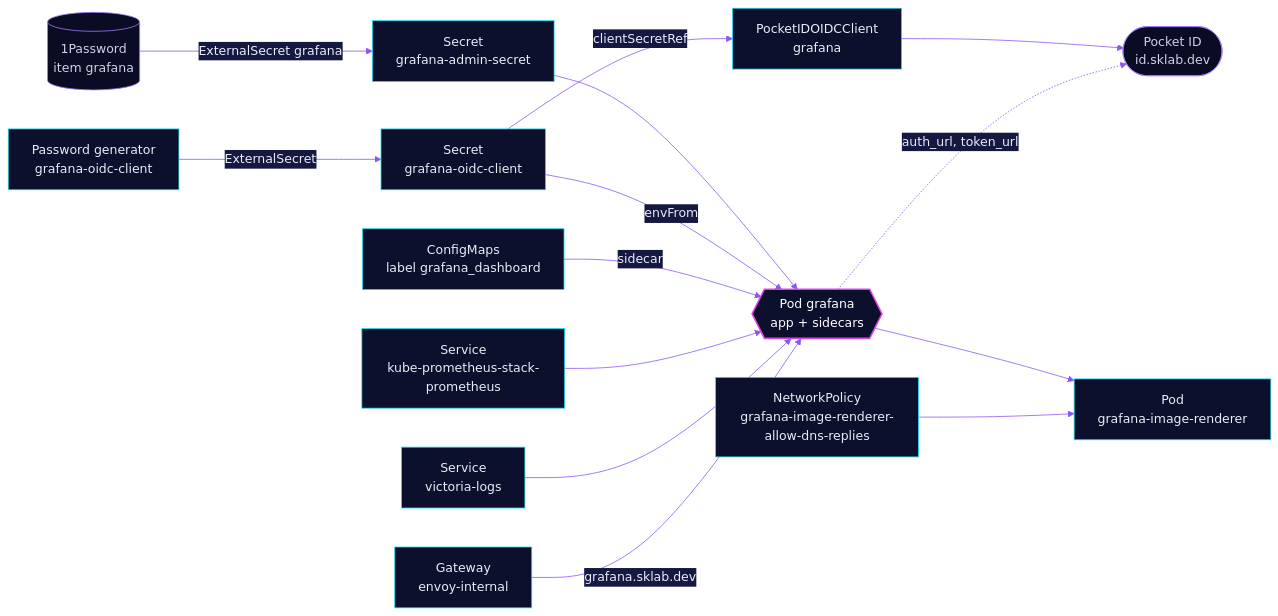
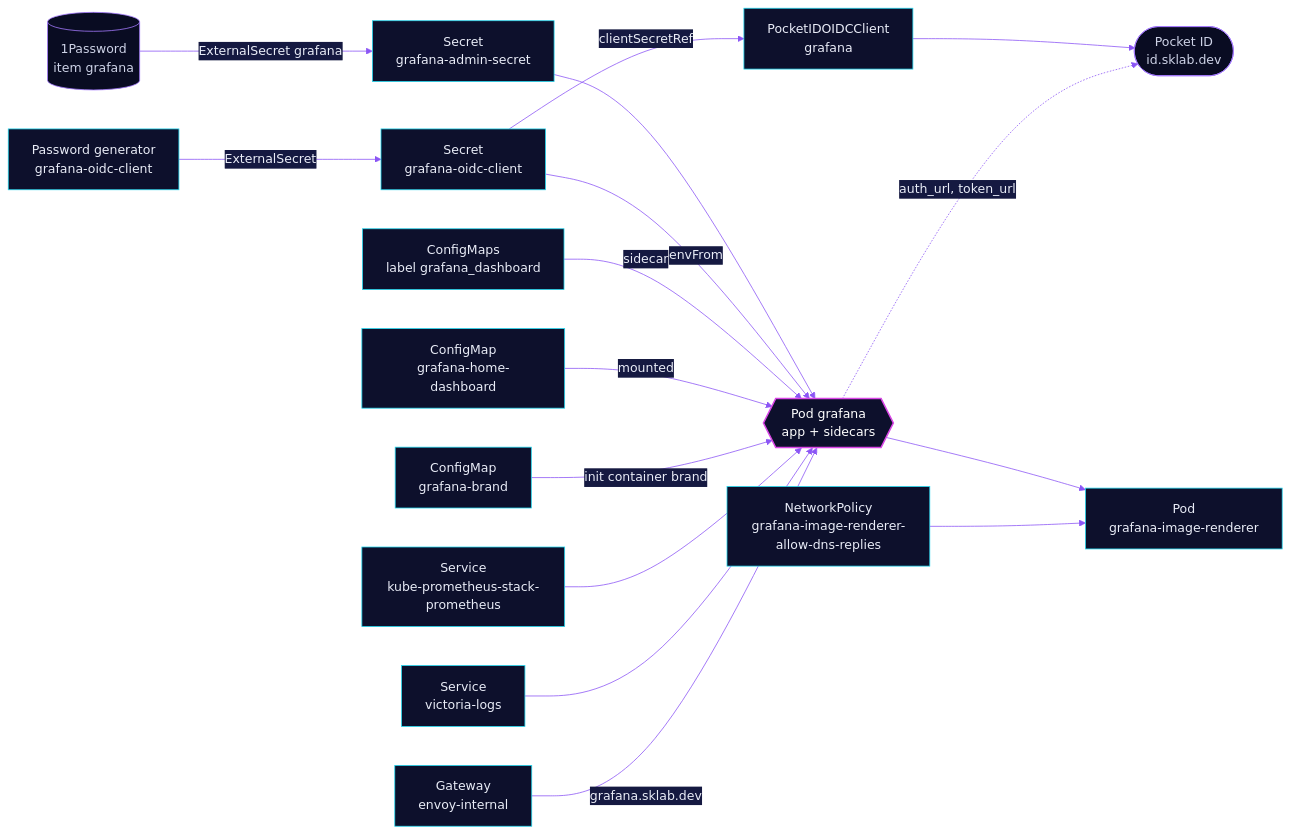
Before and after one commit to skrumbach/home-ops: the diagram in kubernetes/apps/base/monitoring/grafana/README.md, drawn with Mermaid. The commit also changed other lines of this file and 30 other files, not shown here.

````diff
--- a/kubernetes/apps/base/monitoring/grafana/README.md
+++ b/kubernetes/apps/base/monitoring/grafana/README.md
@@ -39,21 +51,23 @@
 ```mermaid
 %%{init: {'theme':'base','themeVariables':{'primaryColor':'#0D102C','primaryTextColor':'#E9ECF7','primaryBorderColor':'#22D8F0','lineColor':'#8B55F5','secondaryColor':'#151941','tertiaryColor':'#090C22','edgeLabelBackground':'#151941'}}}%%
 flowchart LR
   op[("1Password<br/>item grafana")] -->|ExternalSecret grafana| adm["Secret<br/>grafana-admin-secret"]
   adm --> g{{"Pod grafana<br/>app + sidecars"}}
   pw["Password generator<br/>grafana-oidc-client"] -->|ExternalSecret| cs["Secret<br/>grafana-oidc-client"]
   cs -->|envFrom| g
   cs -->|clientSecretRef| cl["PocketIDOIDCClient<br/>grafana"]
   cl --> pid(["Pocket ID<br/>id.sklab.dev"])
   g -.->|auth_url, token_url| pid
   cm["ConfigMaps<br/>label grafana_dashboard"] -->|sidecar| g
+  home["ConfigMap<br/>grafana-home-dashboard"] -->|mounted| g
+  brand["ConfigMap<br/>grafana-brand"] -->|init container brand| g
   prom["Service<br/>kube-prometheus-stack-prometheus"] --> g
   vl["Service<br/>victoria-logs"] --> g
   g --> rend["Pod<br/>grafana-image-renderer"]
   np["NetworkPolicy<br/>grafana-image-renderer-allow-dns-replies"] --> rend
   gw["Gateway<br/>envoy-internal"] -->|grafana.sklab.dev| g
   classDef accent fill:#0D102C,stroke:#D946E6,stroke-width:2px,color:#FFFFFF
   classDef ext fill:#090C22,stroke:#A57BFF,color:#CDD2E6
   class g accent
   class op,pid ext
 ```
````
